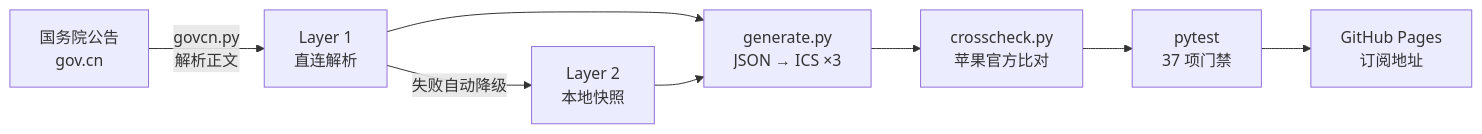
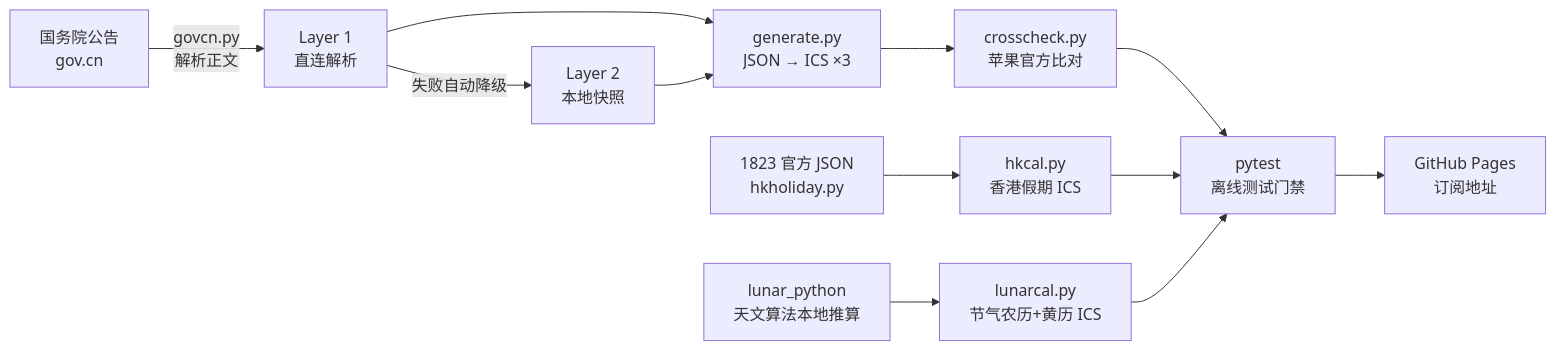
The diagram in README.md (ygnstudio/RedDays), drawn with Mermaid before and after one commit. The commit also changed other lines of this file and 13 other files, not shown here.

````diff
--- a/README.md
+++ b/README.md
@@ -49,10 +60,14 @@
 ```mermaid
 flowchart LR
     A[国务院公告<br>gov.cn] -->|govcn.py<br>解析正文| B[Layer 1<br>直连解析]
     B -->|失败自动降级| C[Layer 2<br>本地快照]
     B --> D[generate.py<br>JSON → ICS ×3]
     C --> D
+    K[1823 官方 JSON<br>hkholiday.py] --> E[hkcal.py<br>香港假期 ICS]
+    L[lunar_python<br>天文算法本地推算] --> M[lunarcal.py<br>节气农历+黄历 ICS]
     D --> F[crosscheck.py<br>苹果官方比对]
-    F --> G[pytest<br>37 项门禁]
-    G --> H[GitHub Pages<br>订阅地址]
+    F --> G[pytest<br>离线测试门禁]
+    E --> G
+    M --> G
+    G --> P[GitHub Pages<br>订阅地址]
 ```
````
